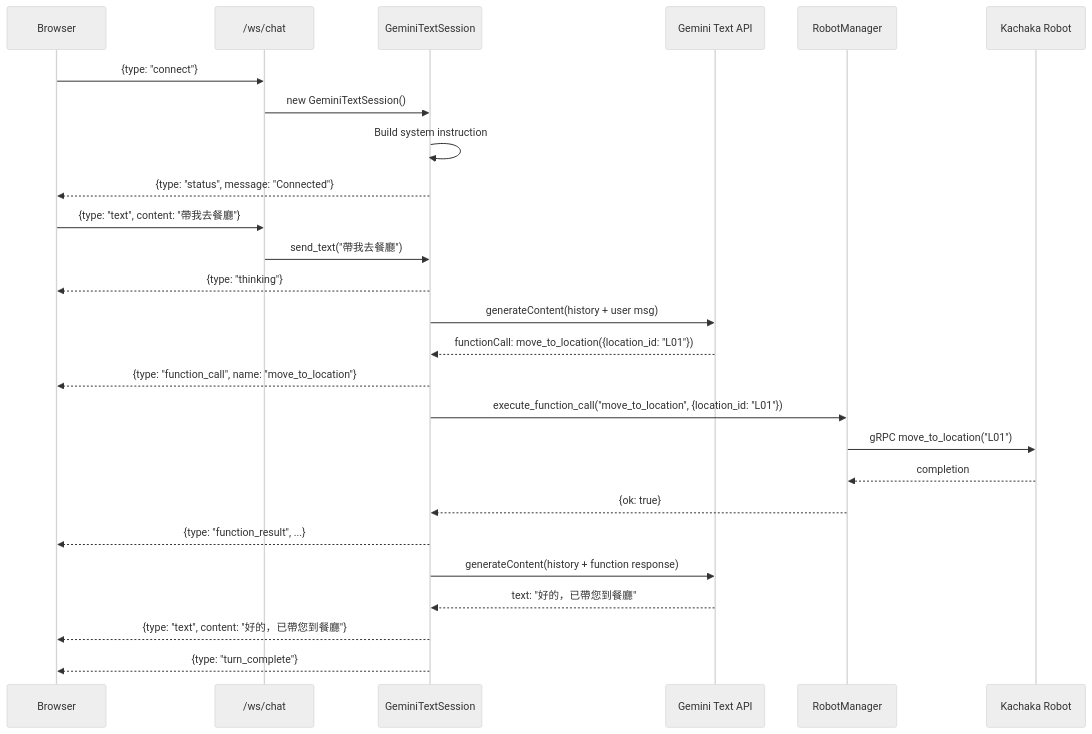
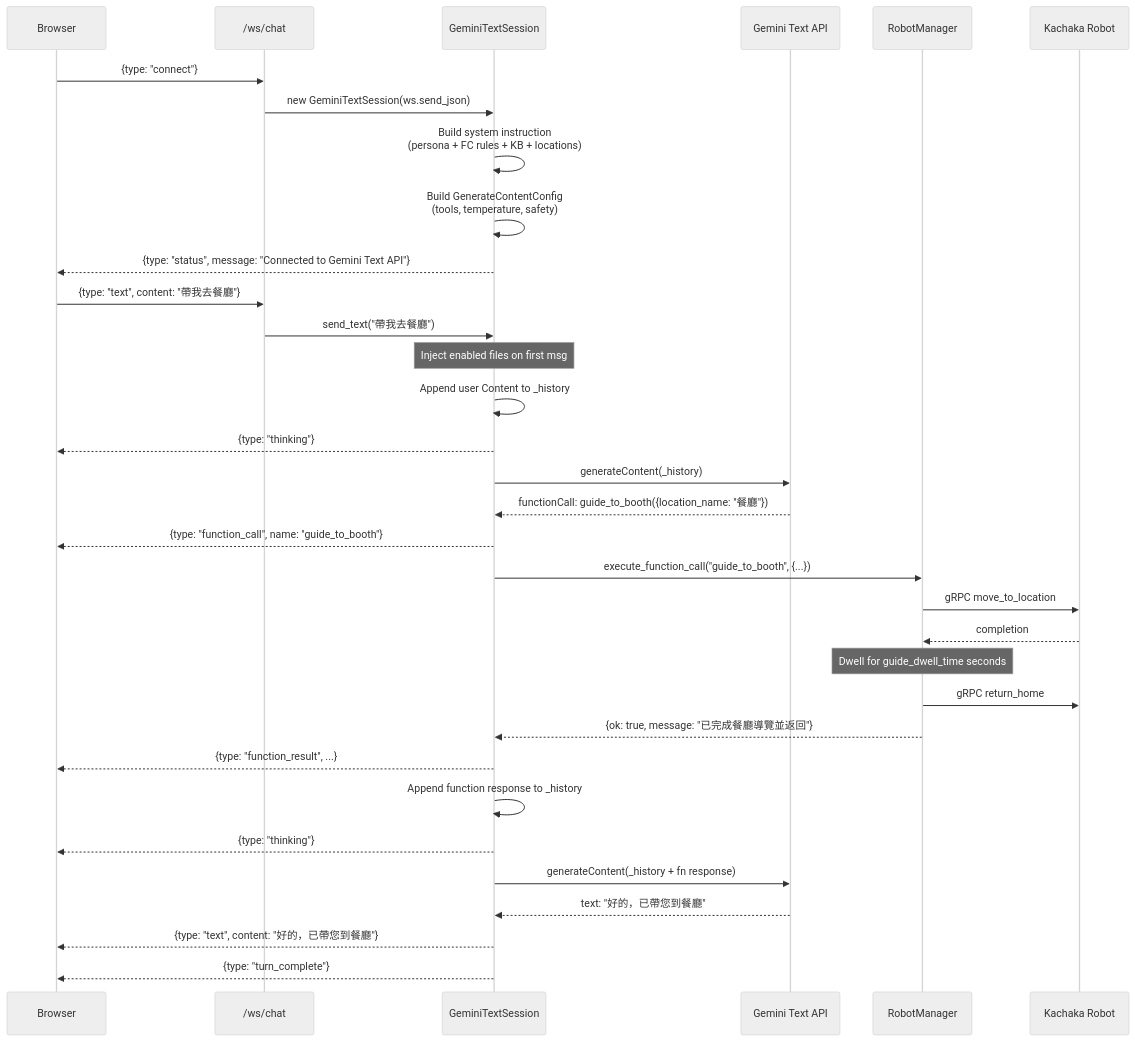
One commit to sigmarobotics/kachaka-gemini changed the fifth of 12 diagrams in docs/architecture.md. Above: the diagram before and after it, drawn with Mermaid (neutral theme). The commit also changed other lines of this file and 1 other file, not shown here.

First line of the commit message:
docs: rewrite README and architecture doc from codebase scan

````diff
--- a/docs/architecture.md
+++ b/docs/architecture.md
@@ -344,32 +522,39 @@
 ```mermaid
 sequenceDiagram
     participant B as Browser
     participant WS as /ws/chat
     participant TXT as GeminiTextSession
     participant GEMINI as Gemini Text API
     participant RM as RobotManager
     participant ROBOT as Kachaka Robot
 
     B->>WS: {type: "connect"}
-    WS->>TXT: new GeminiTextSession()
-    TXT->>TXT: Build system instruction
-    TXT-->>B: {type: "status", message: "Connected"}
+    WS->>TXT: new GeminiTextSession(ws.send_json)
+    TXT->>TXT: Build system instruction<br/>(persona + FC rules + KB + locations)
+    TXT->>TXT: Build GenerateContentConfig<br/>(tools, temperature, safety)
+    TXT-->>B: {type: "status", message: "Connected to Gemini Text API"}
 
     B->>WS: {type: "text", content: "帶我去餐廳"}
     WS->>TXT: send_text("帶我去餐廳")
+    Note over TXT: Inject enabled files on first msg
+    TXT->>TXT: Append user Content to _history
     TXT-->>B: {type: "thinking"}
-    TXT->>GEMINI: generateContent(history + user msg)
-    GEMINI-->>TXT: functionCall: move_to_location({location_id: "L01"})
+    TXT->>GEMINI: generateContent(_history)
+    GEMINI-->>TXT: functionCall: guide_to_booth({location_name: "餐廳"})
 
-    TXT-->>B: {type: "function_call", name: "move_to_location"}
-    TXT->>RM: execute_function_call("move_to_location", {location_id: "L01"})
-    RM->>ROBOT: gRPC move_to_location("L01")
+    TXT-->>B: {type: "function_call", name: "guide_to_booth"}
+    TXT->>RM: execute_function_call("guide_to_booth", {...})
+    RM->>ROBOT: gRPC move_to_location
     ROBOT-->>RM: completion
-    RM-->>TXT: {ok: true}
+    Note over RM: Dwell for guide_dwell_time seconds
+    RM->>ROBOT: gRPC return_home
+    RM-->>TXT: {ok: true, message: "已完成餐廳導覽並返回"}
     TXT-->>B: {type: "function_result", ...}
 
-    TXT->>GEMINI: generateContent(history + function response)
+    TXT->>TXT: Append function response to _history
+    TXT-->>B: {type: "thinking"}
+    TXT->>GEMINI: generateContent(_history + fn response)
     GEMINI-->>TXT: text: "好的，已帶您到餐廳"
     TXT-->>B: {type: "text", content: "好的，已帶您到餐廳"}
     TXT-->>B: {type: "turn_complete"}
 ```
````
